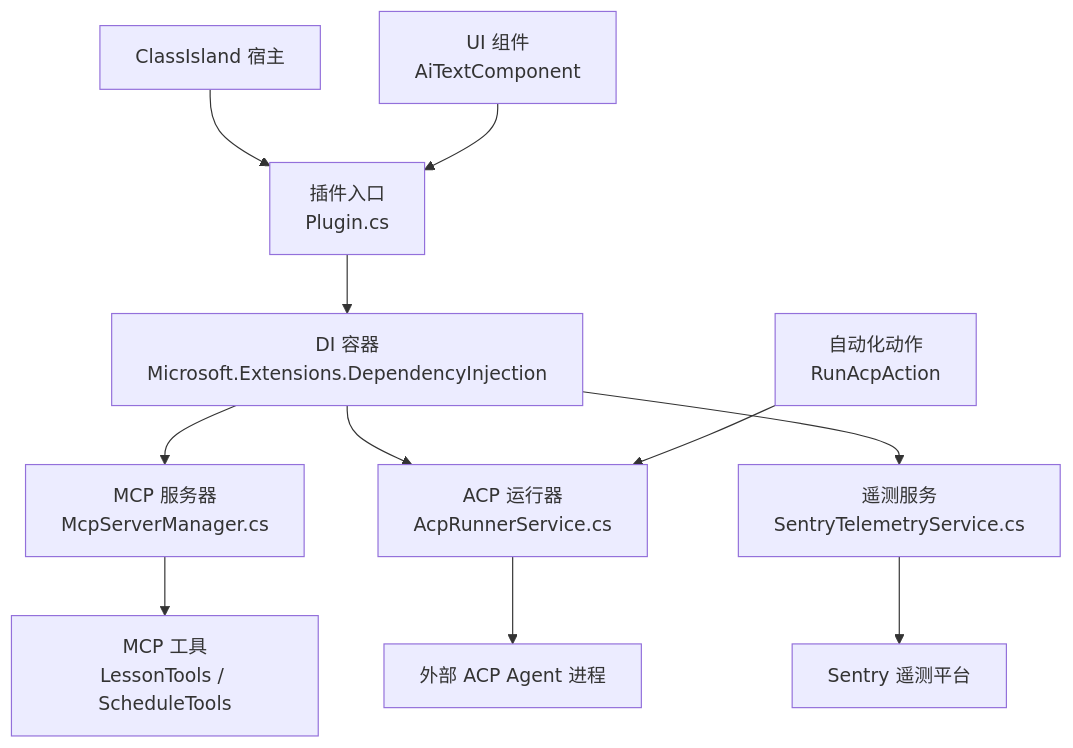
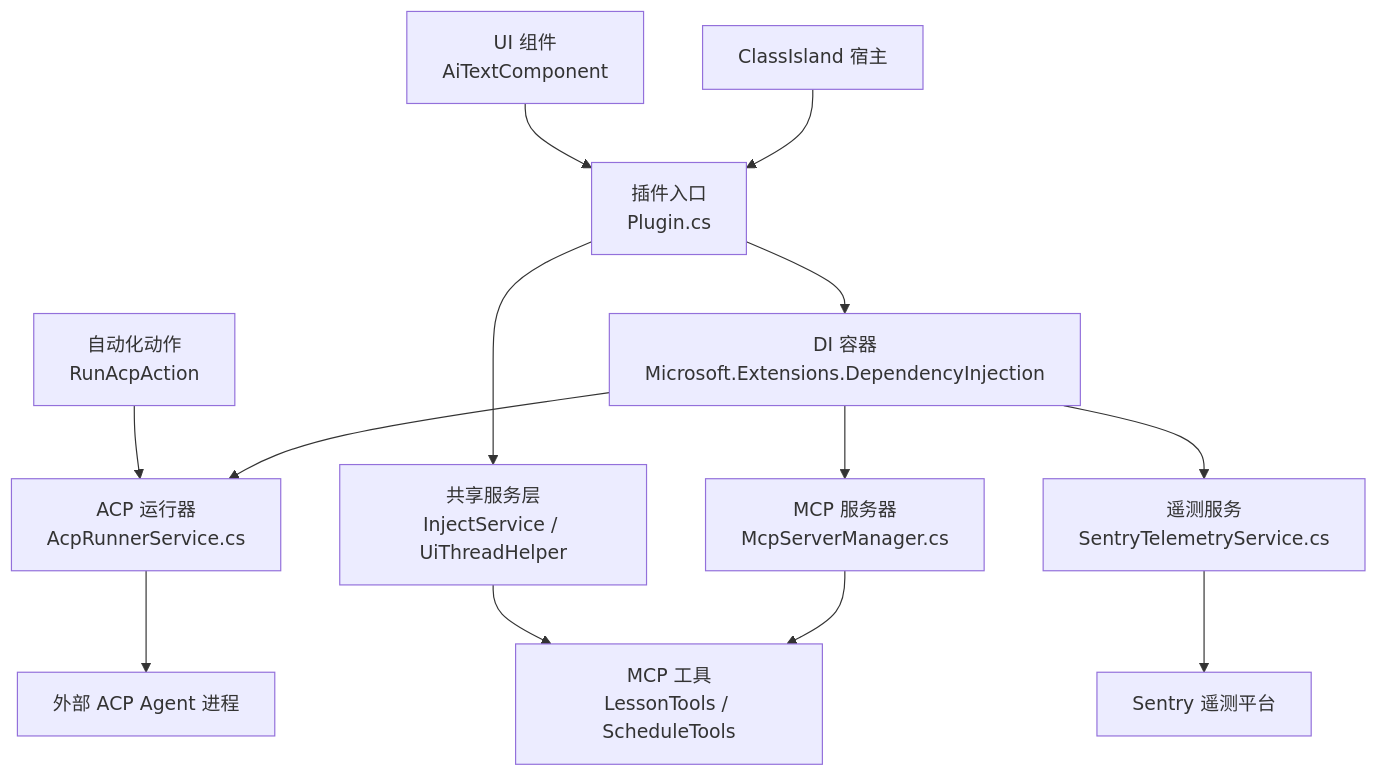
One commit to ShihaoShenDev/AgentIsland changed the second of 9 diagrams in .qoder/repowiki/zh/content/架构设计/架构设计.md. Above: the diagram before and after it, drawn with Mermaid. The commit also changed other lines of this file and 31 other files, not shown here.

````diff
--- a/.qoder/repowiki/zh/content/架构设计/架构设计.md
+++ b/.qoder/repowiki/zh/content/架构设计/架构设计.md
@@ -161,24 +210,27 @@
 ```mermaid
 graph TB
 Host["ClassIsland 宿主"]
 PluginEntrance["插件入口<br/>Plugin.cs"]
 DI["DI 容器<br/>Microsoft.Extensions.DependencyInjection"]
+SharedLayer["共享服务层<br/>InjectService / UiThreadHelper"]
 MCP["MCP 服务器<br/>McpServerManager.cs"]
 Tools["MCP 工具<br/>LessonTools / ScheduleTools"]
 ACP["ACP 运行器<br/>AcpRunnerService.cs"]
 Telemetry["遥测服务<br/>SentryTelemetryService.cs"]
 UI["UI 组件<br/>AiTextComponent"]
 Action["自动化动作<br/>RunAcpAction"]
 External["外部 ACP Agent 进程"]
 Sentry["Sentry 遥测平台"]
 Host --> PluginEntrance
 PluginEntrance --> DI
+PluginEntrance --> SharedLayer
 DI --> MCP
 DI --> ACP
 DI --> Telemetry
 MCP --> Tools
 Action --> ACP
 UI --> PluginEntrance
 ACP --> External
 Telemetry --> Sentry
+SharedLayer --> Tools
 ```
````
